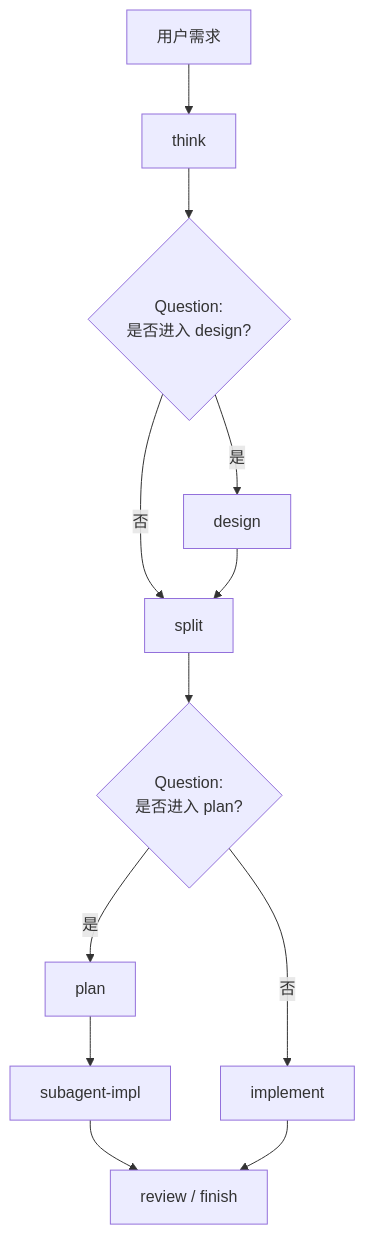
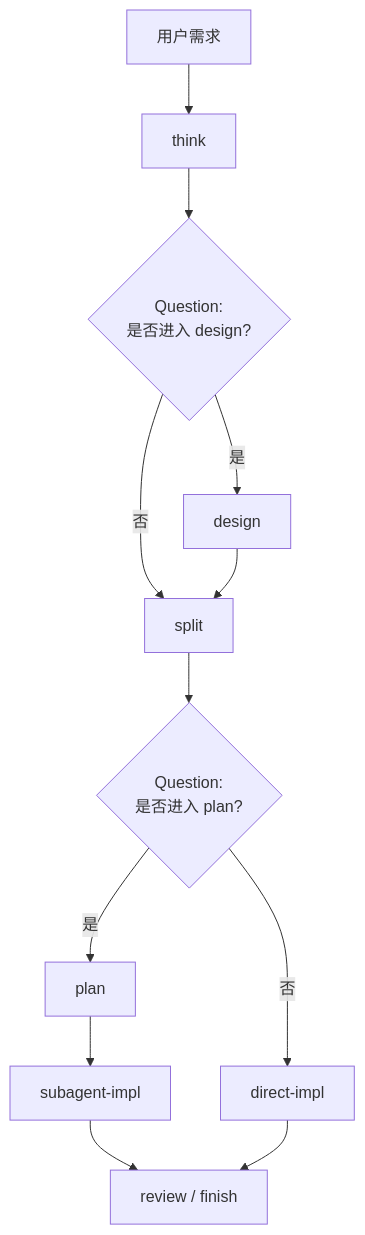
The diagram in skills/using-mission-flow/SKILL.md (BaiduComate/mission-flow), drawn with Mermaid before and after one commit. The commit also changed 2 other files, not shown here.

Commit message:
feat: direct-impl

````diff
--- a/skills/using-mission-flow/SKILL.md
+++ b/skills/using-mission-flow/SKILL.md
@@ -45,14 +45,14 @@
 ```mermaid
 flowchart TD
     A[用户需求] --> T[think]
     T --> QD{Question:<br/>是否进入 design?}
     QD -->|是| D[design]
     QD -->|否| S[split]
     D --> S
     S --> QP{Question:<br/>是否进入 plan?}
     QP -->|是| P[plan]
-    QP -->|否| I[implement]
+    QP -->|否| I[direct-impl]
     P --> E[subagent-impl]
     E --> R[review / finish]
     I --> R
 ```
````
